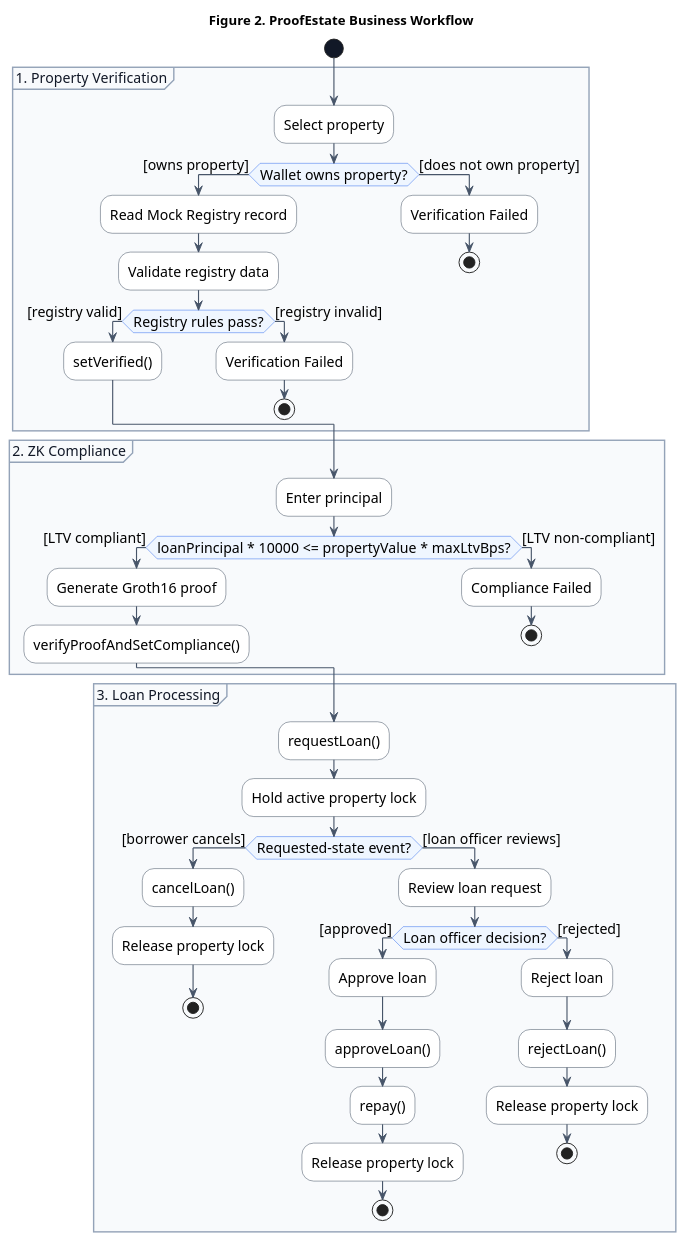
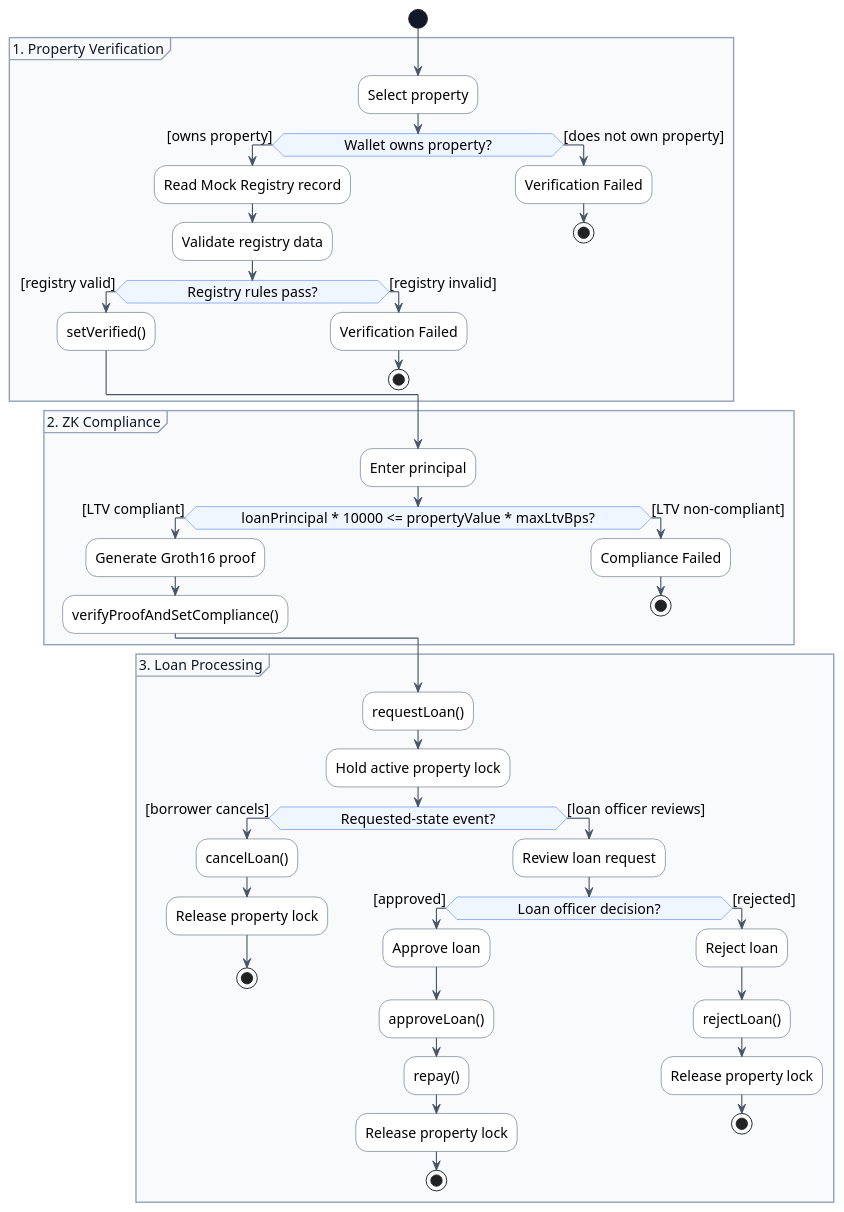
Before and after one commit to Alan42x/proofestate: the diagram in docs/figures/02-business-workflow.puml, drawn with PlantUML. The commit also changed 7 other files, not shown here.

```diff
--- a/docs/figures/02-business-workflow.puml
+++ b/docs/figures/02-business-workflow.puml
@@ -1,74 +1,105 @@
 @startuml
-title Figure 2. ProofEstate Business Workflow
+
+skinparam nodesep 45
+skinparam ranksep 55
 
 skinparam backgroundColor #FFFFFF
 skinparam defaultFontName Arial
 skinparam defaultFontSize 15
 skinparam shadowing false
 skinparam ArrowColor #475569
 skinparam ArrowThickness 1.2
 skinparam ActivityBorderColor #334155
 skinparam ActivityBackgroundColor #FFFFFF
 skinparam ActivityDiamondBorderColor #2563eb
 skinparam ActivityDiamondBackgroundColor #eff6ff
 skinparam ActivityStartColor #111827
 skinparam ActivityEndColor #111827
 skinparam PartitionBorderColor #94a3b8
 skinparam PartitionBackgroundColor #f8fafc
 skinparam PartitionFontColor #111827
 
 start
 
 partition "1. Property Verification" {
+
   :Select property;
-  if (Wallet owns property?) then ([owns property])
+
+  if (<color:#eff6ff>................</color>Wallet owns property?<color:#eff6ff>................</color>) then ([owns property])
+
     :Read Mock Registry record;
     :Validate registry data;
-    if (Registry rules pass?) then ([registry valid])
+
+    if (<color:#eff6ff>................</color>Registry rules pass?<color:#eff6ff>................</color>) then ([registry valid])
+
       :setVerified();
+
     else ([registry invalid])
+
       :Verification Failed;
       stop
+
     endif
+
   else ([does not own property])
+
     :Verification Failed;
     stop
+
   endif
 }
 
+
 partition "2. ZK Compliance" {
+
   :Enter principal;
-  if (loanPrincipal * 10000 <= propertyValue * maxLtvBps?) then ([LTV compliant])
+
+  if (<color:#eff6ff>............</color>loanPrincipal * 10000 <= propertyValue * maxLtvBps?<color:#eff6ff>............</color>) then ([LTV compliant])
+
     :Generate Groth16 proof;
     :verifyProofAndSetCompliance();
+
   else ([LTV non-compliant])
+
     :Compliance Failed;
     stop
+
   endif
 }
 
+
 partition "3. Loan Processing" {
+
   :requestLoan();
   :Hold active property lock;
-  if (Requested-state event?) then ([borrower cancels])
+
+  if (<color:#eff6ff>................</color>Requested-state event?<color:#eff6ff>................</color>) then ([borrower cancels])
+
     :cancelLoan();
     :Release property lock;
     stop
+
   else ([loan officer reviews])
+
     :Review loan request;
-    if (Loan officer decision?) then ([approved])
+
+    if (<color:#eff6ff>................</color>Loan officer decision?<color:#eff6ff>................</color>) then ([approved])
+
       :Approve loan;
       :approveLoan();
       :repay();
       :Release property lock;
       stop
+
     else ([rejected])
+
       :Reject loan;
       :rejectLoan();
       :Release property lock;
       stop
+
     endif
   endif
 }
 
 @enduml
```
